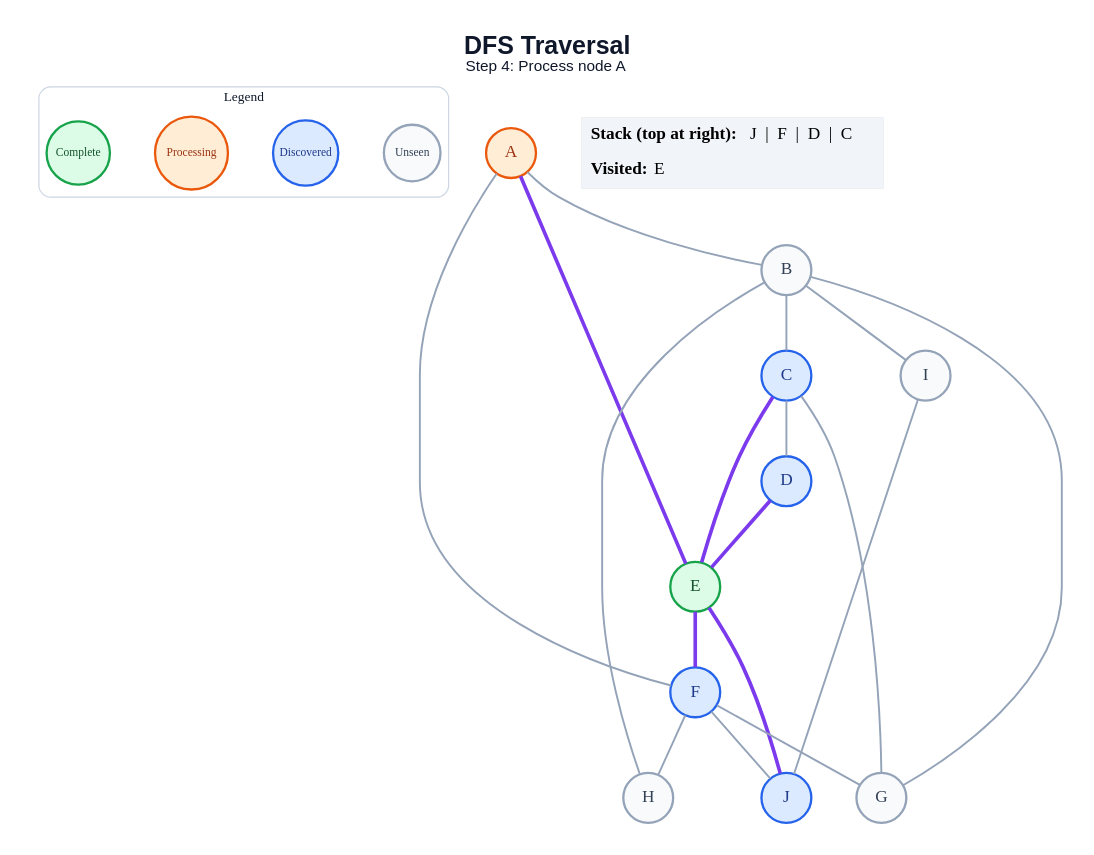
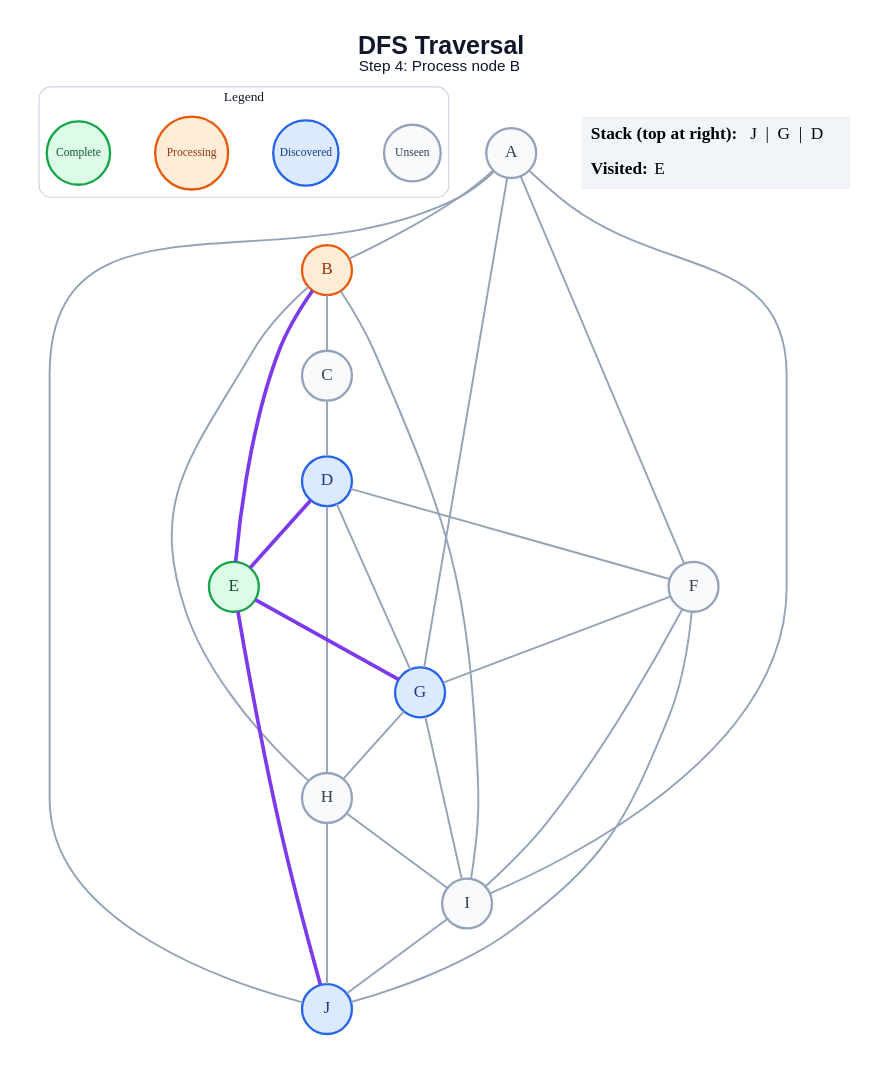
Before and after one commit to amanghodawala9/ai-slop: the diagram in generated/specific-node/dfs/step_04.dot, drawn with Graphviz. The commit also changed 178 other files, not shown here.

```diff
--- a/generated/specific-node/dfs/step_04.dot
+++ b/generated/specific-node/dfs/step_04.dot
@@ -1,46 +1,53 @@
 graph traversal {
   graph [layout=dot, rankdir=TB, bgcolor="#FFFFFF", pad="0.35", nodesep="0.65", ranksep="0.8", fontname="Arial"];
   node [shape=circle, style="filled", fontname="Arial Bold", fontsize=18, width=0.72, fixedsize=true, penwidth=2.4];
   edge [color="#94A3B8", penwidth=2.0];
-  label=<<B>DFS Traversal</B><BR/><FONT POINT-SIZE="16">Step 4: Process node A</FONT>>; labelloc="t"; fontsize=26; fontname="Arial"; fontcolor="#0F172A";
+  label=<<B>DFS Traversal</B><BR/><FONT POINT-SIZE="16">Step 4: Process node B</FONT>>; labelloc="t"; fontsize=26; fontname="Arial"; fontcolor="#0F172A";
   subgraph cluster_legend { label="Legend"; color="#CBD5E1"; penwidth=1.2; style="rounded"; fontsize=14; fontname="Arial Bold";
     key_unseen [label="Unseen", fillcolor="#F8FAFC", color="#94A3B8", fontcolor="#334155", fontsize=12, width=0.82];
     key_frontier [label="Discovered", fillcolor="#DBEAFE", color="#2563EB", fontcolor="#1E3A8A", fontsize=12, width=0.95];
     key_current [label="Processing", fillcolor="#FFEDD5", color="#EA580C", fontcolor="#9A3412", fontsize=12, width=1.05];
     key_done [label="Complete", fillcolor="#DCFCE7", color="#16A34A", fontcolor="#14532D", fontsize=12, width=0.92];
     { rank=same; key_unseen; key_frontier; key_current; key_done; }
   }
-  A [fillcolor="#FFEDD5", color="#EA580C", fontcolor="#9A3412"];
-  B [fillcolor="#F8FAFC", color="#94A3B8", fontcolor="#334155"];
-  C [fillcolor="#DBEAFE", color="#2563EB", fontcolor="#1E3A8A"];
+  A [fillcolor="#F8FAFC", color="#94A3B8", fontcolor="#334155"];
+  B [fillcolor="#FFEDD5", color="#EA580C", fontcolor="#9A3412"];
+  C [fillcolor="#F8FAFC", color="#94A3B8", fontcolor="#334155"];
   D [fillcolor="#DBEAFE", color="#2563EB", fontcolor="#1E3A8A"];
   E [fillcolor="#DCFCE7", color="#16A34A", fontcolor="#14532D"];
-  F [fillcolor="#DBEAFE", color="#2563EB", fontcolor="#1E3A8A"];
-  G [fillcolor="#F8FAFC", color="#94A3B8", fontcolor="#334155"];
+  F [fillcolor="#F8FAFC", color="#94A3B8", fontcolor="#334155"];
+  G [fillcolor="#DBEAFE", color="#2563EB", fontcolor="#1E3A8A"];
   H [fillcolor="#F8FAFC", color="#94A3B8", fontcolor="#334155"];
   I [fillcolor="#F8FAFC", color="#94A3B8", fontcolor="#334155"];
   J [fillcolor="#DBEAFE", color="#2563EB", fontcolor="#1E3A8A"];
   A -- B;
-  A -- E [color="#7C3AED", penwidth=3.8];
   A -- F;
+  A -- G;
+  A -- I;
+  A -- J;
   B -- C;
-  B -- G;
+  B -- E [color="#7C3AED", penwidth=3.8];
   B -- H;
   B -- I;
   C -- D;
-  C -- E [color="#7C3AED", penwidth=3.8];
-  C -- G;
   D -- E [color="#7C3AED", penwidth=3.8];
-  E -- F [color="#7C3AED", penwidth=3.8];
+  D -- F;
+  D -- G;
+  D -- H;
+  E -- G [color="#7C3AED", penwidth=3.8];
   E -- J [color="#7C3AED", penwidth=3.8];
   F -- G;
-  F -- H;
+  F -- I;
   F -- J;
+  G -- H;
+  G -- I;
+  H -- I;
+  H -- J;
   I -- J;
   status [shape=plain, fixedsize=false, width=0, height=0, margin=0, label=<
     <TABLE BORDER="0" CELLBORDER="0" CELLPADDING="7" BGCOLOR="#F1F5F9">
-      <TR><TD ALIGN="LEFT"><B>Stack (top at right):</B> J  |  F  |  D  |  C</TD></TR>
+      <TR><TD ALIGN="LEFT"><B>Stack (top at right):</B> J  |  G  |  D</TD></TR>
       <TR><TD ALIGN="LEFT"><B>Visited:</B> E</TD></TR>
     </TABLE>
   >];
 }
```
